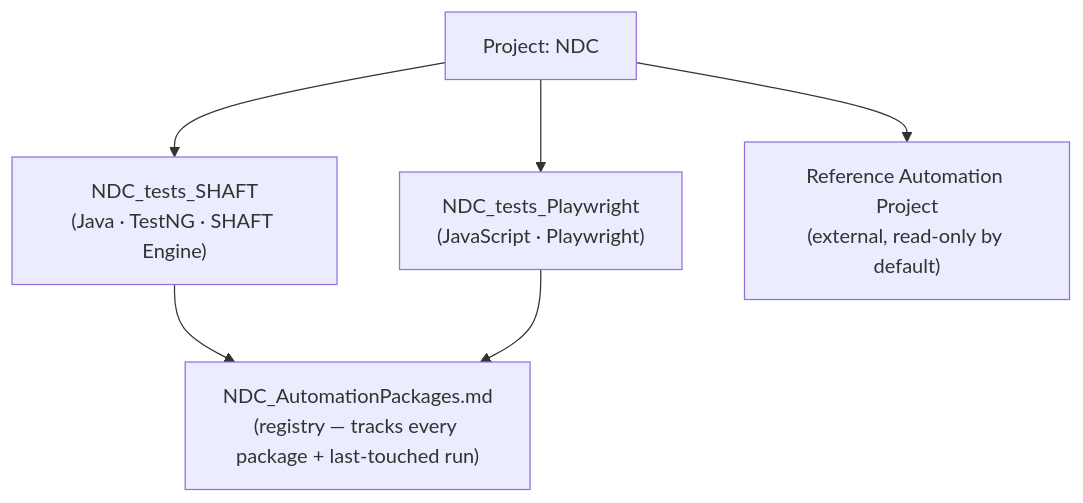
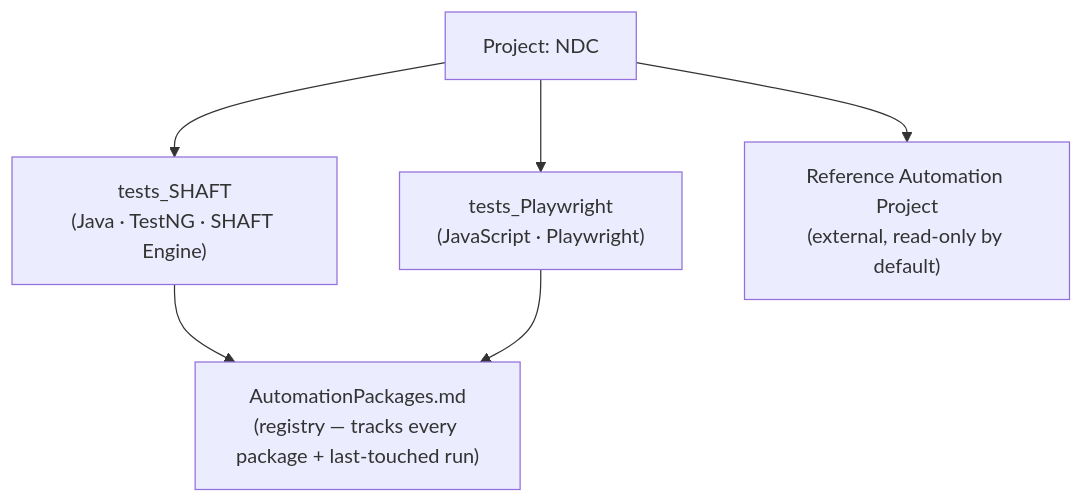
The ninth of 10 diagrams in README.md (HusseinAtaHussein1/AISeatMap), drawn with Mermaid before and after one commit. The commit also changed other lines of this file and 543 other files, not shown here.

Commit message:
Refactor: convert platform to single-project architecture

````diff
--- a/README.md
+++ b/README.md
@@ -613,10 +603,10 @@
 ```mermaid
 flowchart TD
     NDC["Project: NDC"]
-    NDC --> SHAFT["NDC_tests_SHAFT<br/>(Java · TestNG · SHAFT Engine)"]
-    NDC --> PW["NDC_tests_Playwright<br/>(JavaScript · Playwright)"]
+    NDC --> SHAFT["tests_SHAFT<br/>(Java · TestNG · SHAFT Engine)"]
+    NDC --> PW["tests_Playwright<br/>(JavaScript · Playwright)"]
     NDC --> REF["Reference Automation Project<br/>(external, read-only by default)"]
 
-    SHAFT --> REG["NDC_AutomationPackages.md<br/>(registry — tracks every package + last-touched run)"]
+    SHAFT --> REG["AutomationPackages.md<br/>(registry — tracks every package + last-touched run)"]
     PW --> REG
 ```
````
